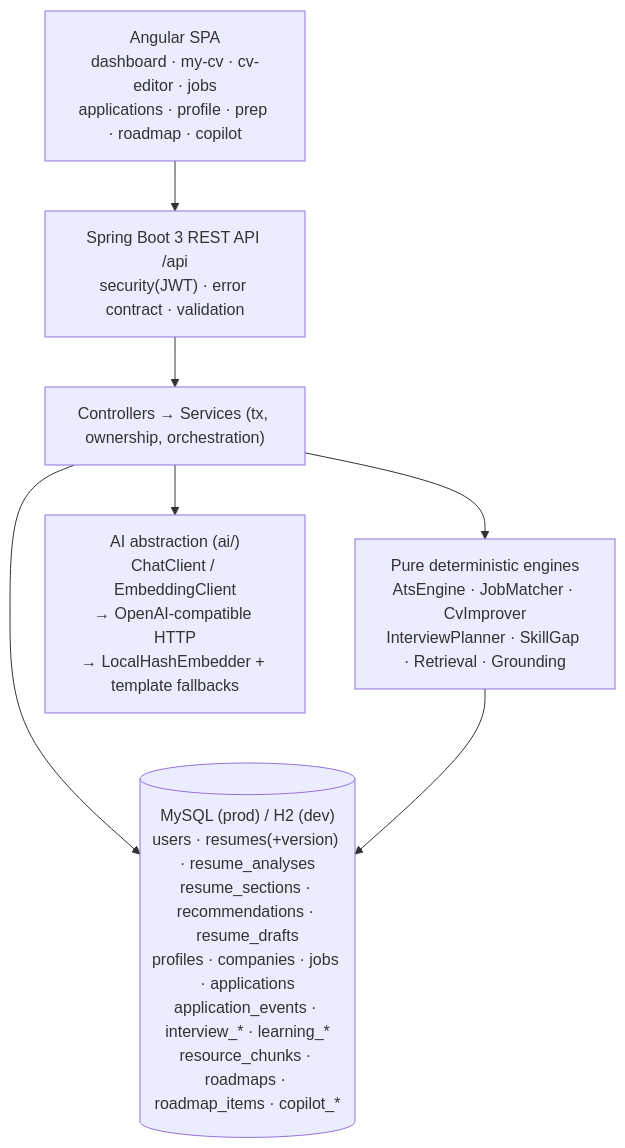
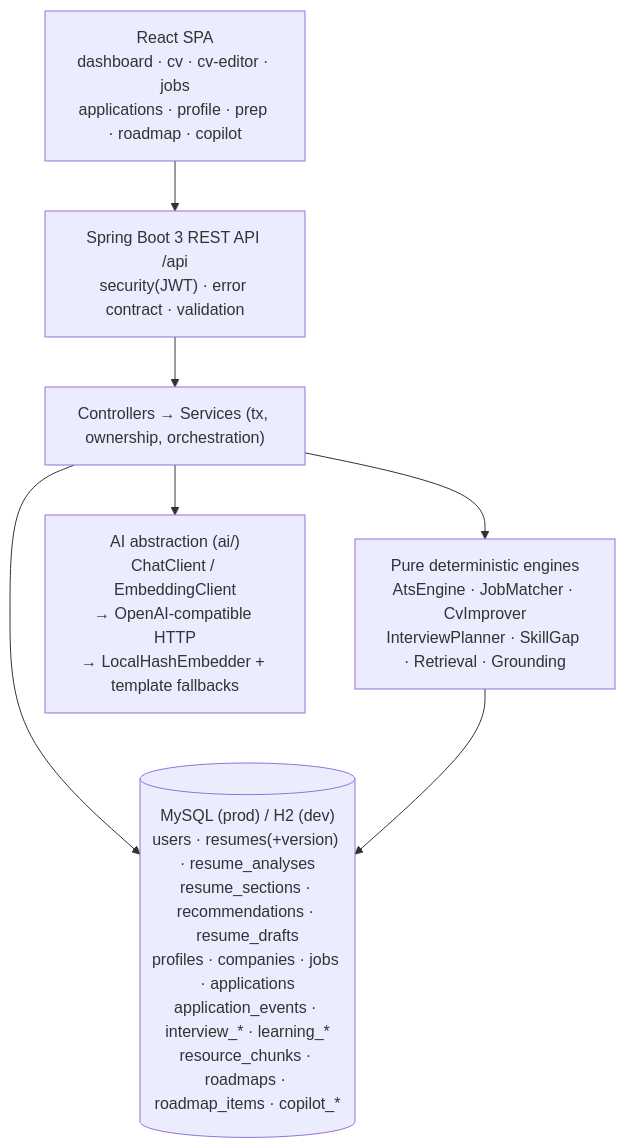
Before and after one commit to elel-m-b/CareerPilot: diagram 12 of 12 in docs/ARCHITECTURE.md, drawn with Mermaid. The commit also changed other lines of this file and 173 other files, not shown here.

````diff
--- a/docs/ARCHITECTURE.md
+++ b/docs/ARCHITECTURE.md
@@ -575,16 +563,16 @@
 ```mermaid
 graph TD
-    SPA["Angular SPA<br/>dashboard · my-cv · cv-editor · jobs<br/>applications · profile · prep · roadmap · copilot"]
+    SPA["React SPA<br/>dashboard · cv · cv-editor · jobs<br/>applications · profile · prep · roadmap · copilot"]
     API["Spring Boot 3 REST API /api<br/>security(JWT) · error contract · validation"]
     CTRL["Controllers → Services (tx, ownership, orchestration)"]
     ENG["Pure deterministic engines<br/>AtsEngine · JobMatcher · CvImprover<br/>InterviewPlanner · SkillGap · Retrieval · Grounding"]
     AIABS["AI abstraction (ai/)<br/>ChatClient / EmbeddingClient<br/>→ OpenAI-compatible HTTP<br/>→ LocalHashEmbedder + template fallbacks"]
 
     DB[("MySQL (prod) / H2 (dev)<br/>users · resumes(+version) · resume_analyses<br/>resume_sections · recommendations · resume_drafts<br/>profiles · companies · jobs · applications<br/>application_events · interview_* · learning_*<br/>resource_chunks · roadmaps · roadmap_items · copilot_*")]
 
     SPA --> API --> CTRL
     CTRL --> ENG
     CTRL --> AIABS
     CTRL --> DB
     ENG --> DB
 ```
````
